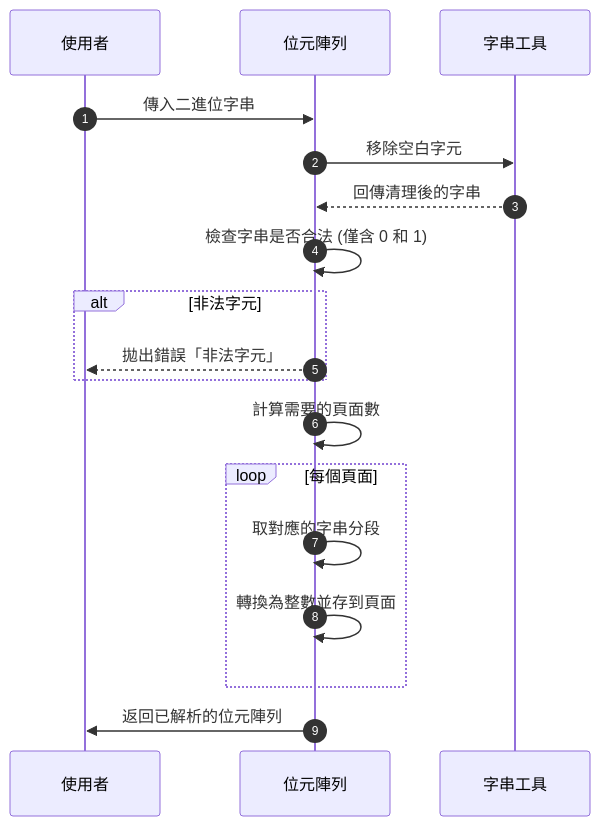
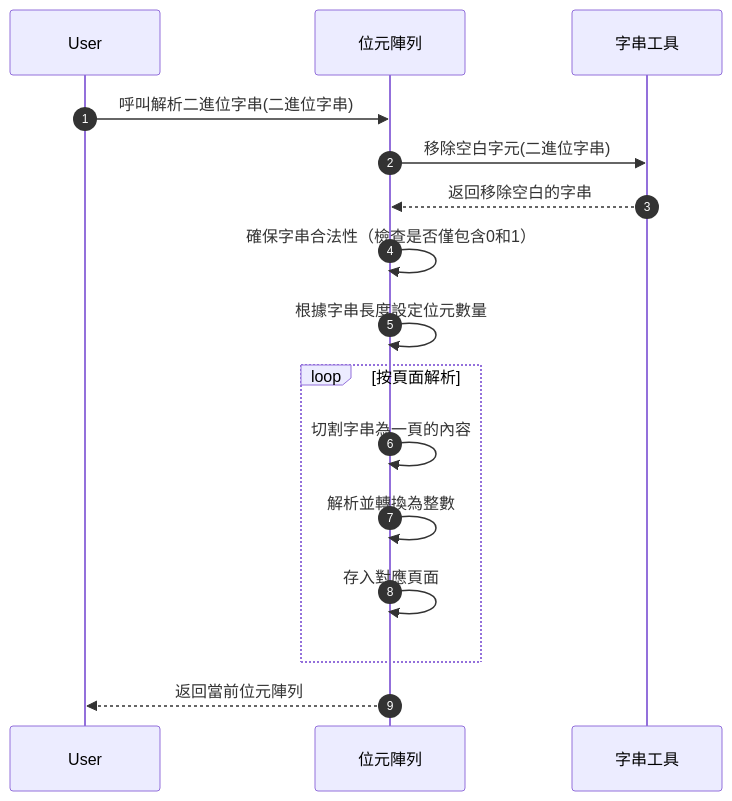
The eighth of 17 diagrams in docs/位元陣列.md (leoshiang/dx-core), drawn with Mermaid before and after one commit. The commit also changed other lines of this file and 1 other file, not shown here.

````diff
--- a/docs/位元陣列.md
+++ b/docs/位元陣列.md
@@ -486,20 +450,19 @@
 ```mermaid
 sequenceDiagram
     autoNumber
-    participant 使用者
-    participant 位元陣列
-    participant 字串工具 as 字串工具
-    使用者->>位元陣列: 傳入二進位字串
-    位元陣列->>字串工具: 移除空白字元
-    字串工具-->>位元陣列: 回傳清理後的字串
-    位元陣列->>位元陣列: 檢查字串是否合法 (僅含 0 和 1)
-    alt 非法字元
-        位元陣列-->>使用者: 拋出錯誤「非法字元」
+    participant User
+    participant BitArray as 位元陣列
+    participant Tool as 字串工具
+
+    User->>BitArray: 呼叫解析二進位字串(二進位字串)
+    BitArray->>Tool: 移除空白字元(二進位字串)
+    Tool-->>BitArray: 返回移除空白的字串
+    BitArray->>BitArray: 確保字串合法性（檢查是否僅包含0和1）
+    BitArray->>BitArray: 根據字串長度設定位元數量
+    loop 按頁面解析
+        BitArray->>BitArray: 切割字串為一頁的內容
+        BitArray->>BitArray: 解析並轉換為整數
+        BitArray->>BitArray: 存入對應頁面
     end
-    位元陣列->>位元陣列: 計算需要的頁面數
-    loop 每個頁面
-        位元陣列->>位元陣列: 取對應的字串分段
-        位元陣列->>位元陣列: 轉換為整數並存到頁面
-    end
-    位元陣列->>使用者: 返回已解析的位元陣列
+    BitArray-->>User: 返回當前位元陣列
 ```
````
